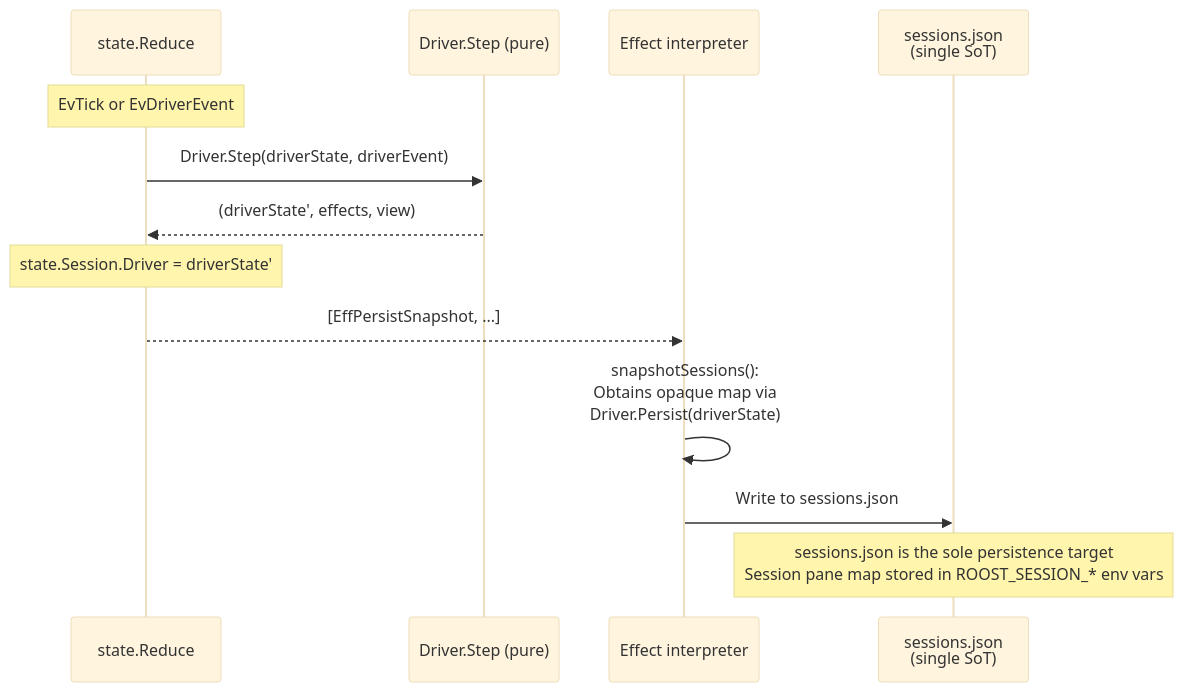
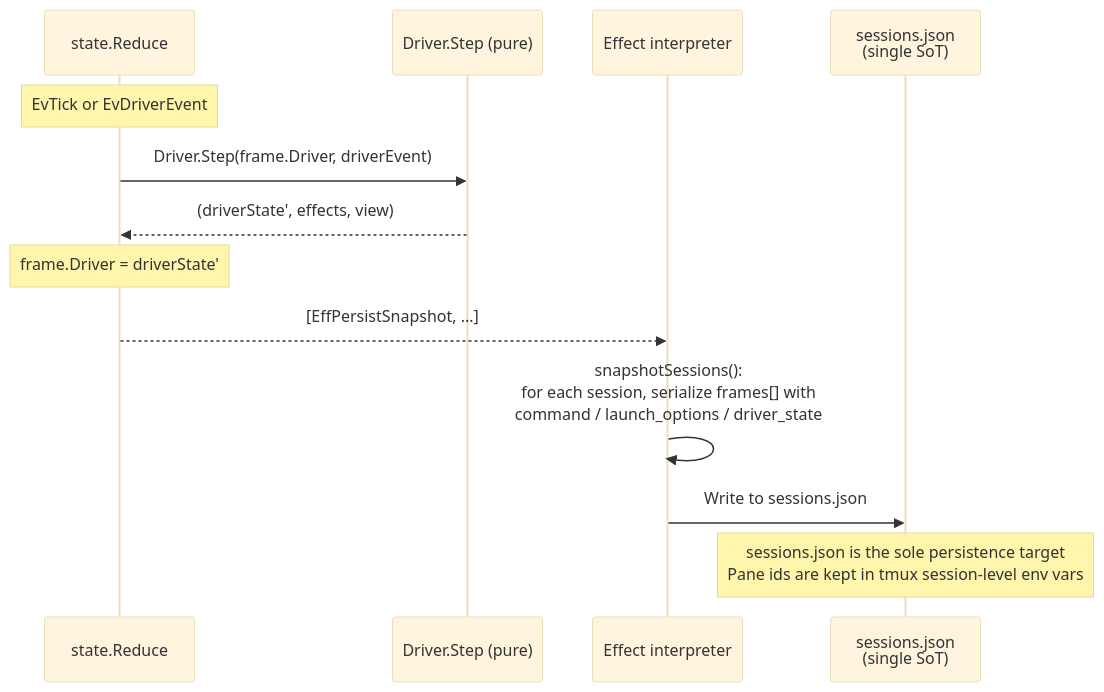
The second of 3 diagrams in docs/state-monitoring.md (takezoh/agent-roost), drawn with Mermaid (base theme) before and after one commit. The commit also changed other lines of this file and 31 other files, not shown here.

First line of the commit message:
Introduce session driver stack with per-frame lifecycle

````diff
--- a/docs/state-monitoring.md
+++ b/docs/state-monitoring.md
@@ -99,16 +103,16 @@
 ```mermaid
 sequenceDiagram
     participant Red as state.Reduce
     participant Drv as Driver.Step (pure)
     participant Interp as Effect interpreter
     participant JSON as sessions.json<br/>(single SoT)
 
     Note over Red: EvTick or EvDriverEvent
-    Red->>Drv: Driver.Step(driverState, driverEvent)
+    Red->>Drv: Driver.Step(frame.Driver, driverEvent)
     Drv-->>Red: (driverState', effects, view)
-    Note over Red: state.Session.Driver = driverState'
+    Note over Red: frame.Driver = driverState'
     Red-->>Interp: [EffPersistSnapshot, ...]
-    Interp->>Interp: snapshotSessions():<br/>Obtains opaque map via<br/>Driver.Persist(driverState)
+    Interp->>Interp: snapshotSessions():<br/>for each session, serialize frames[] with<br/>command / launch_options / driver_state
     Interp->>JSON: Write to sessions.json
-    Note over JSON: sessions.json is the sole persistence target<br/>Session pane map stored in ROOST_SESSION_* env vars
+    Note over JSON: sessions.json is the sole persistence target<br/>Pane ids are kept in tmux session-level env vars
 ```
````
